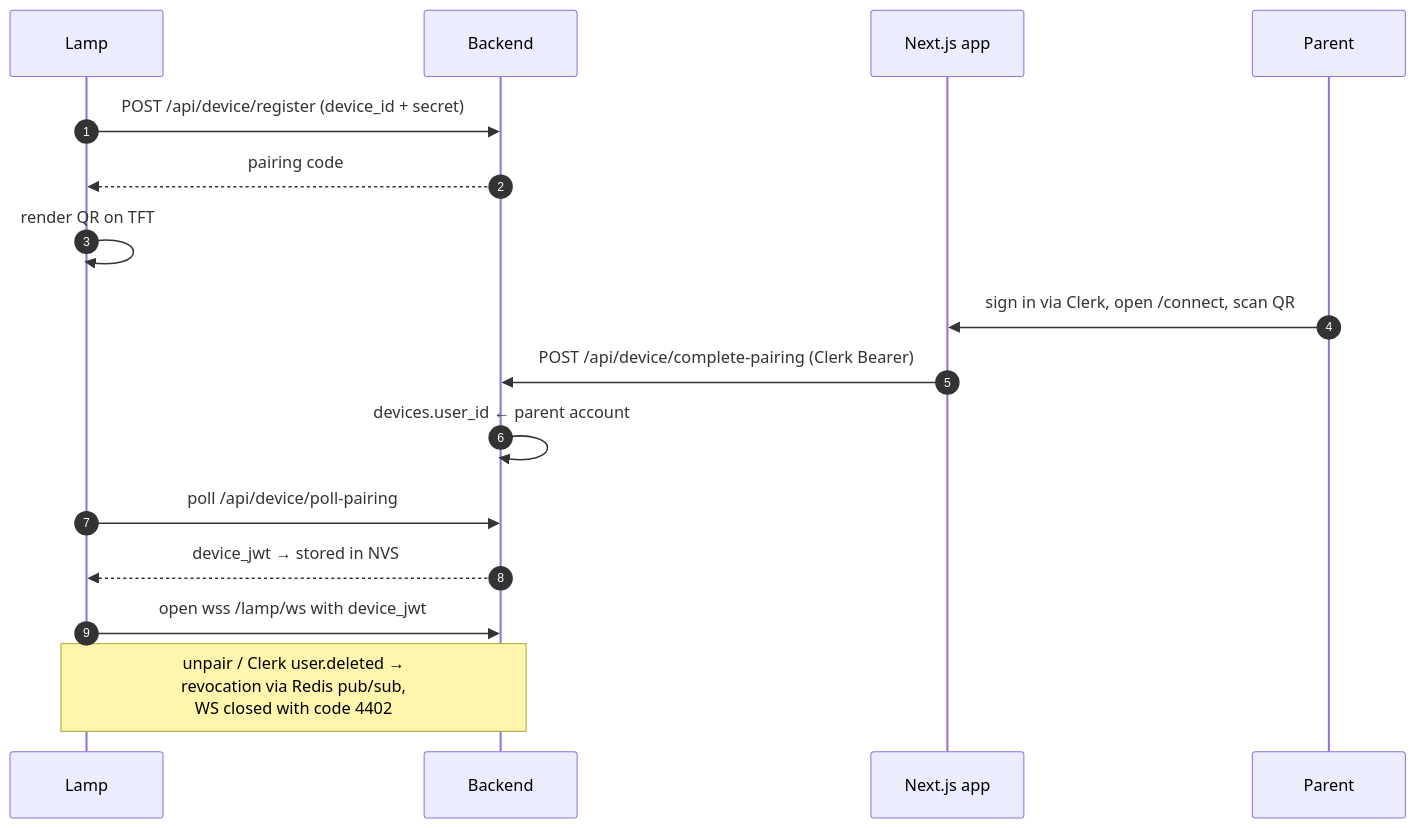
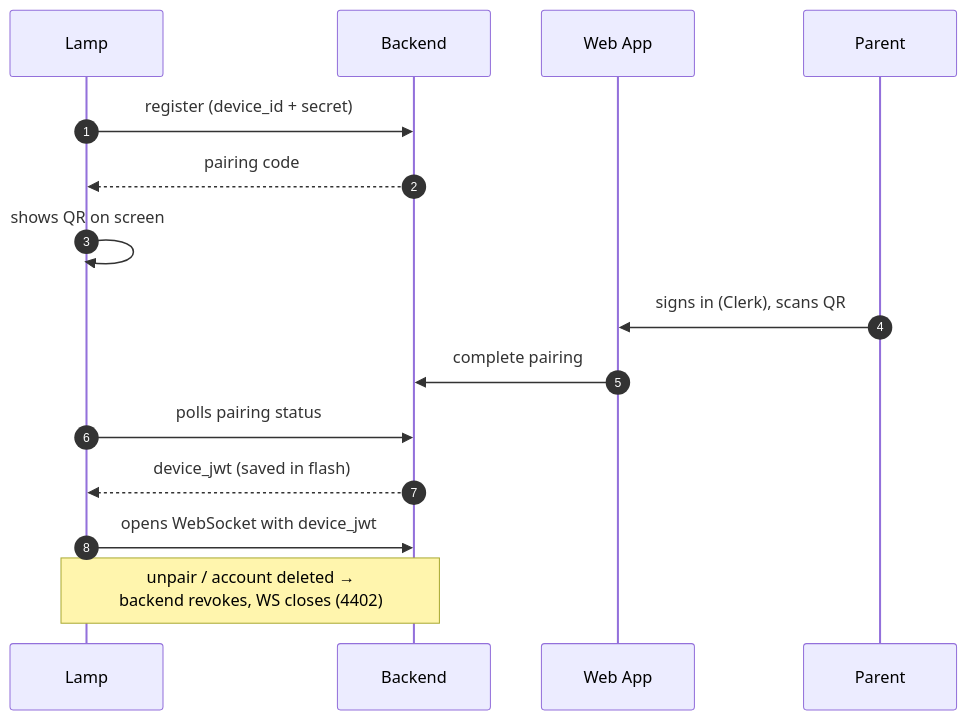
One commit to ayushmaitistartups-cmyk/update changed the fifth of 5 diagrams in architect-diagram.md. Above: the diagram before and after it, drawn with Mermaid. The commit also changed other lines of this file, not shown here.

````diff
--- a/architect-diagram.md
+++ b/architect-diagram.md
@@ -175,19 +145,18 @@
 ```mermaid
 sequenceDiagram
     autonumber
     participant L as Lamp
     participant B as Backend
-    participant A as Next.js app
+    participant A as Web App
     participant U as Parent
 
-    L->>B: POST /api/device/register (device_id + secret)
+    L->>B: register (device_id + secret)
     B-->>L: pairing code
-    L->>L: render QR on TFT
-    U->>A: sign in via Clerk, open /connect, scan QR
-    A->>B: POST /api/device/complete-pairing (Clerk Bearer)
-    B->>B: devices.user_id ← parent account
-    L->>B: poll /api/device/poll-pairing
-    B-->>L: device_jwt → stored in NVS
-    L->>B: open wss /lamp/ws with device_jwt
-    Note over L,B: unpair / Clerk user.deleted →<br/>revocation via Redis pub/sub,<br/>WS closed with code 4402
+    L->>L: shows QR on screen
+    U->>A: signs in (Clerk), scans QR
+    A->>B: complete pairing
+    L->>B: polls pairing status
+    B-->>L: device_jwt (saved in flash)
+    L->>B: opens WebSocket with device_jwt
+    Note over L,B: unpair / account deleted →<br/>backend revokes, WS closes (4402)
 ```
````
